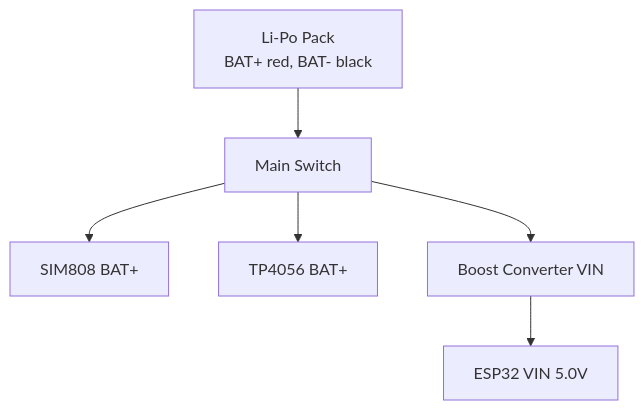
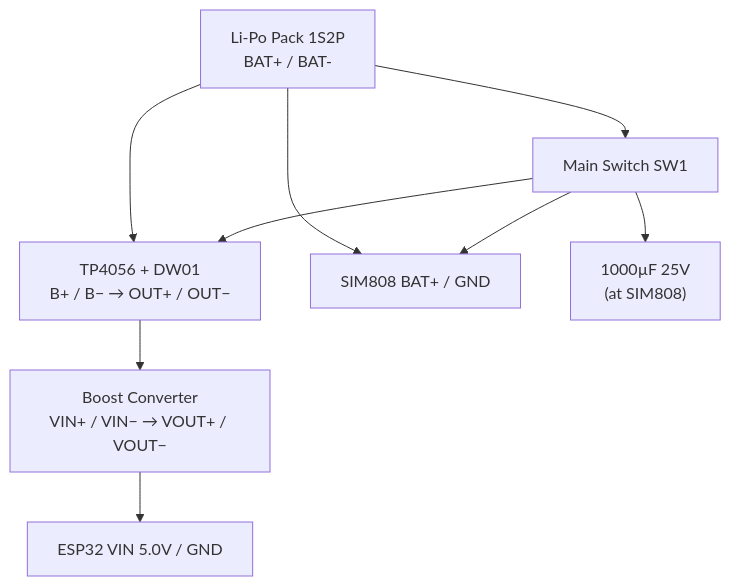
The third of 7 diagrams in docs/WIRING.md (qppd/smart-vehicle-impact-detection-device), drawn with Mermaid before and after one commit. The commit also changed other lines of this file and 10 other files, not shown here.

````diff
--- a/docs/WIRING.md
+++ b/docs/WIRING.md
@@ -82,14 +89,19 @@
 ```mermaid
 graph TB
-    BAT["Li-Po Pack<br/>BAT+ red, BAT- black"]
-    SW["Main Switch"]
-    SIM808["SIM808 BAT+"]
-    TP4056["TP4056 BAT+"]
-    BOOST["Boost Converter VIN"]
+    BAT["Li-Po Pack 1S2P<br/>BAT+ / BAT-"]
+    SW["Main Switch SW1"]
+    TP4056["TP4056 + DW01<br/>B+ / B− → OUT+ / OUT−"]
+    SIM808["SIM808 BAT+ / GND"]
+    CAP["1000µF 25V<br/>(at SIM808)"]
+    BOOST["Boost Converter<br/>VIN+ / VIN− → VOUT+ / VOUT−"]
+    ESP32["ESP32 VIN 5.0V / GND"]
 
     BAT --> SW
+    SW --> TP4056
     SW --> SIM808
-    SW --> TP4056
-    SW --> BOOST
-    BOOST --> ESP32["ESP32 VIN 5.0V"]
+    SW --> CAP
+    BAT --> TP4056
+    BAT --> SIM808
+    TP4056 --> BOOST
+    BOOST --> ESP32
 ```
````
